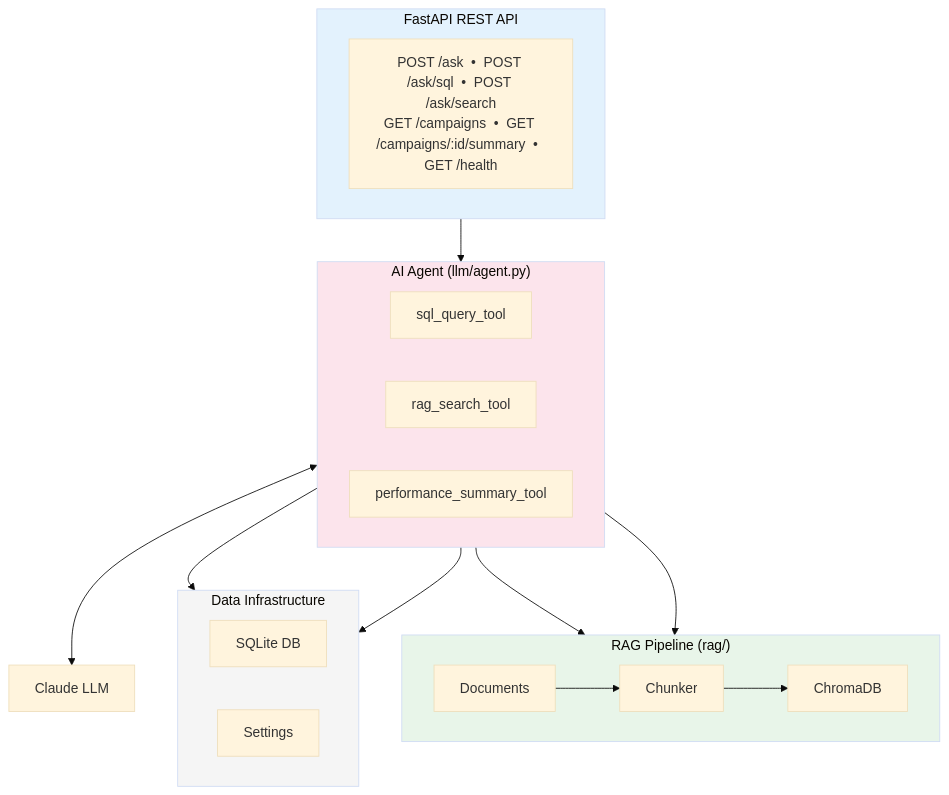
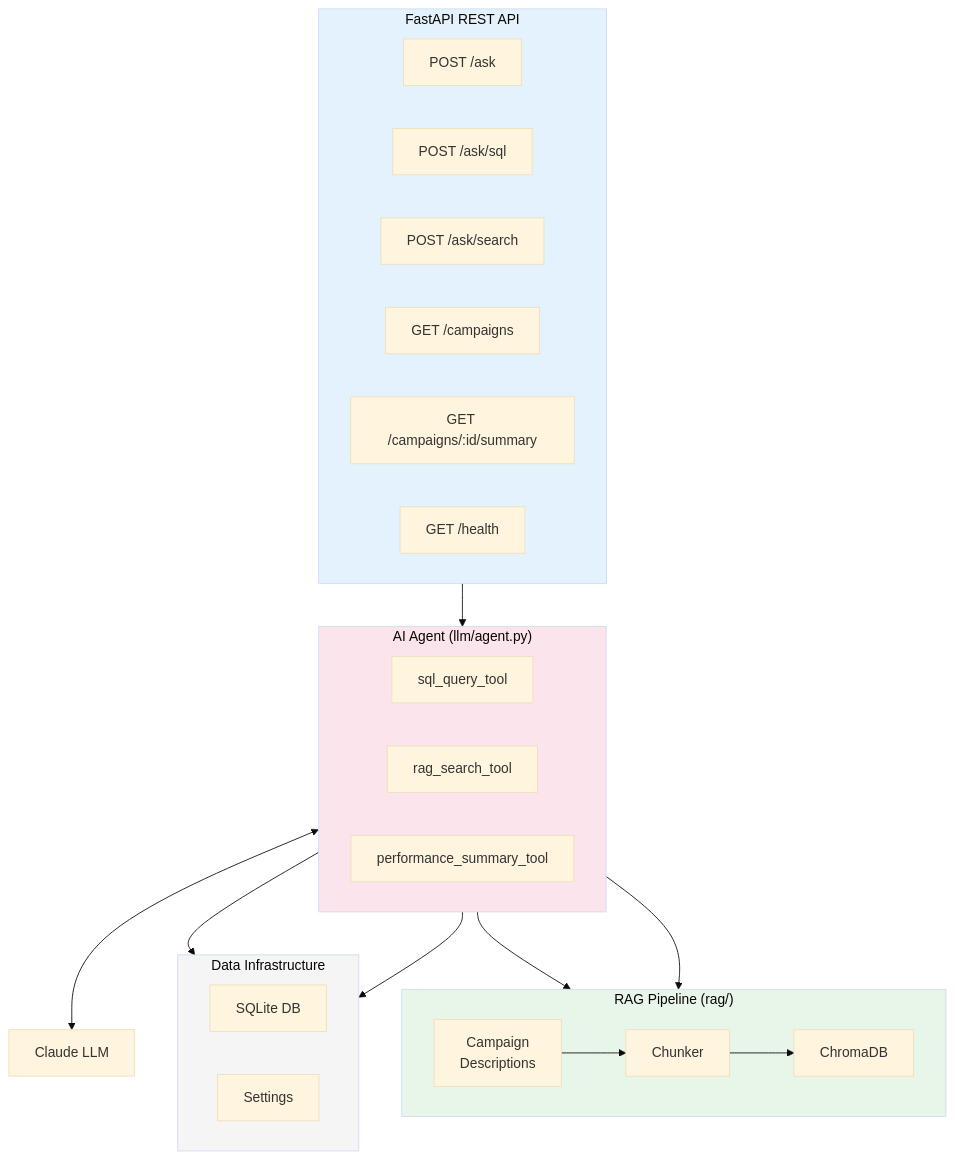
Before and after one commit to aakashkumar1980/certifications-aiml: the diagram in dimo_project/campaign_performance_analysis/README.md, drawn with Mermaid (base theme). The commit also changed other lines of this file and 8 other files, not shown here.

````diff
--- a/dimo_project/campaign_performance_analysis/README.md
+++ b/dimo_project/campaign_performance_analysis/README.md
@@ -143,38 +144,43 @@
 ```mermaid
 graph TB
     subgraph API["FastAPI REST API"]
-        Endpoints["POST /ask  •  POST /ask/sql  •  POST /ask/search<br/>GET /campaigns  •  GET /campaigns/:id/summary  •  GET /health"]
+        E1["POST /ask"]
+        E2["POST /ask/sql"]
+        E3["POST /ask/search"]
+        E4["GET /campaigns"]
+        E5["GET /campaigns/:id/summary"]
+        E6["GET /health"]
     end
 
     subgraph Agent["AI Agent (llm/agent.py)"]
         direction LR
         T1["sql_query_tool"]
         T2["rag_search_tool"]
         T3["performance_summary_tool"]
     end
 
     subgraph RAG["RAG Pipeline (rag/)"]
         direction LR
-        Docs["Documents"] --> Chunker["Chunker"] --> VecStore["ChromaDB"]
+        Docs["Campaign<br/>Descriptions"] --> Chunker["Chunker"] --> VecStore["ChromaDB"]
     end
 
     subgraph Infra["Data Infrastructure"]
         direction LR
         SQLite["SQLite DB"]
         Config["Settings"]
     end
 
     Claude["Claude LLM"]
 
     API --> Agent
     Agent <--> Claude
     T1 --> SQLite
     T2 --> VecStore
     T3 --> SQLite
     T3 --> VecStore
 
     style API fill:#e3f2fd
     style Agent fill:#fce4ec
     style RAG fill:#e8f5e9
     style Infra fill:#f5f5f5
 ```
````
